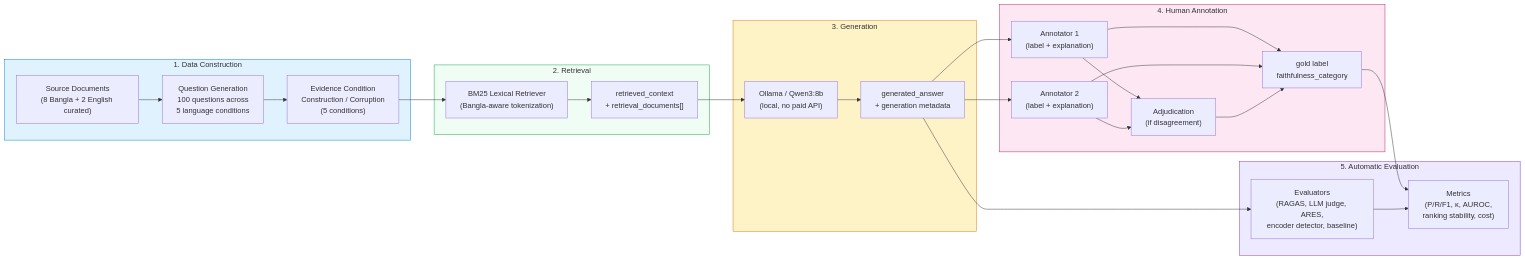
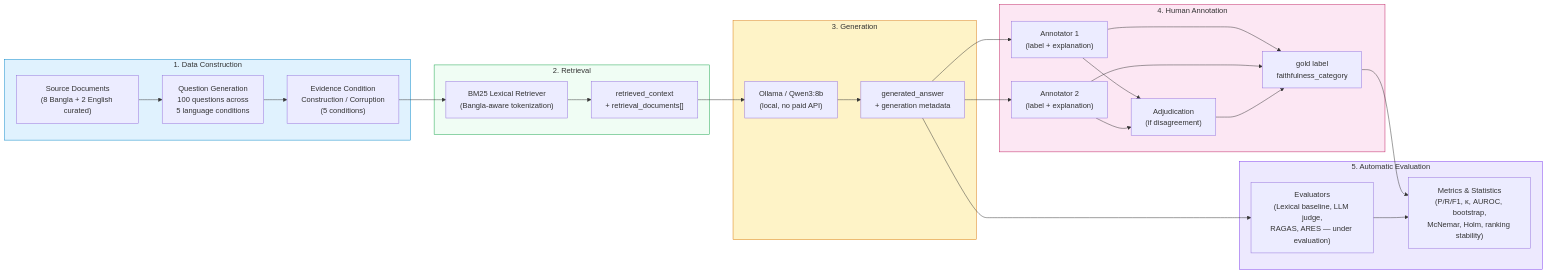
The second of 6 diagrams in README.md (DIP-RO/BanglaRAG-Eval), drawn with Mermaid before and after one commit. The commit also changed other lines of this file and 1 other file, not shown here.

First line of the commit message:
docs: update README and evaluation_protocol with evaluator framework, metrics, statistics, ranking

````diff
--- a/README.md
+++ b/README.md
@@ -121,50 +148,50 @@
 ```mermaid
 flowchart LR
     subgraph Stage1["1. Data Construction"]
         SOURCE["Source Documents<br/>(8 Bangla + 2 English curated)"]
         QUESTION["Question Generation<br/>100 questions across<br/>5 language conditions"]
         EVIDENCE["Evidence Condition<br/>Construction / Corruption<br/>(5 conditions)"]
     end
 
     subgraph Stage2["2. Retrieval"]
         RETRIEVE["BM25 Lexical Retriever<br/>(Bangla-aware tokenization)"]
         CONTEXT["retrieved_context<br/>+ retrieval_documents[]"]
     end
 
     subgraph Stage3["3. Generation"]
         GENERATOR["Ollama / Qwen3:8b<br/>(local, no paid API)"]
         ANSWER["generated_answer<br/>+ generation metadata"]
     end
 
     subgraph Stage4["4. Human Annotation"]
         ANN1["Annotator 1<br/>(label + explanation)"]
         ANN2["Annotator 2<br/>(label + explanation)"]
         ADJ["Adjudication<br/>(if disagreement)"]
         GOLD["gold label<br/>faithfulness_category"]
     end
 
     subgraph Stage5["5. Automatic Evaluation"]
-        EVAL["Evaluators<br/>(RAGAS, LLM judge, ARES,<br/>encoder detector, baseline)"]
-        METRICS["Metrics<br/>(P/R/F1, κ, AUROC,<br/>ranking stability, cost)"]
+        EVAL["Evaluators<br/>(Lexical baseline, LLM judge,<br/>RAGAS, ARES — under evaluation)"]
+        METRICS["Metrics & Statistics<br/>(P/R/F1, κ, AUROC, bootstrap,<br/>McNemar, Holm, ranking stability)"]
     end
 
     SOURCE --> QUESTION --> EVIDENCE
     EVIDENCE --> RETRIEVE --> CONTEXT
     CONTEXT --> GENERATOR --> ANSWER
     ANSWER --> ANN1
     ANSWER --> ANN2
     ANN1 --> ADJ
     ANN2 --> ADJ
     ANN1 --> GOLD
     ANN2 --> GOLD
     ADJ --> GOLD
     ANSWER --> EVAL
     GOLD --> METRICS
     EVAL --> METRICS
 
     style Stage1 fill:#e0f2fe,stroke:#0284c7
     style Stage2 fill:#f0fdf4,stroke:#16a34a
     style Stage3 fill:#fef3c7,stroke:#d97706
     style Stage4 fill:#fce7f3,stroke:#be185d
     style Stage5 fill:#ede9fe,stroke:#7c3aed
 ```
````
